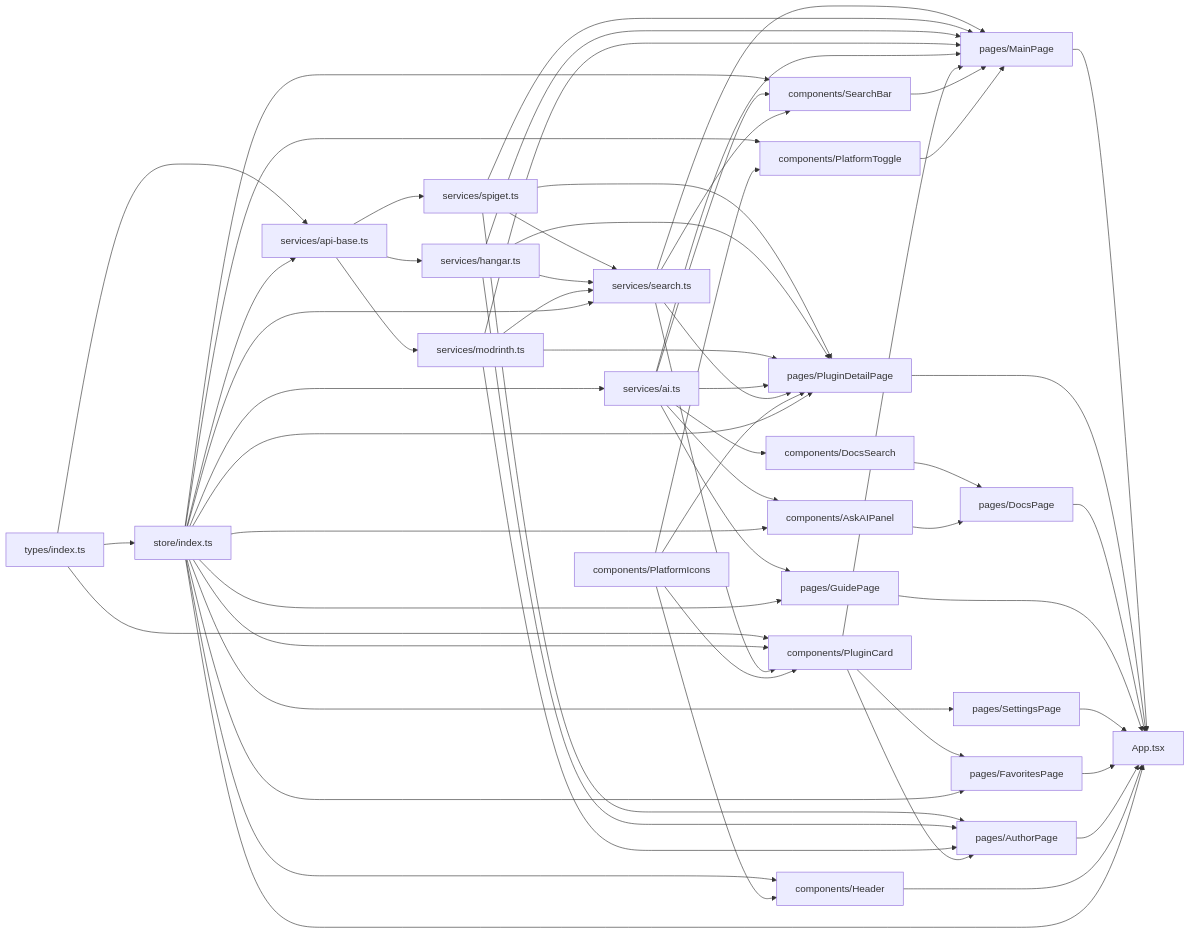
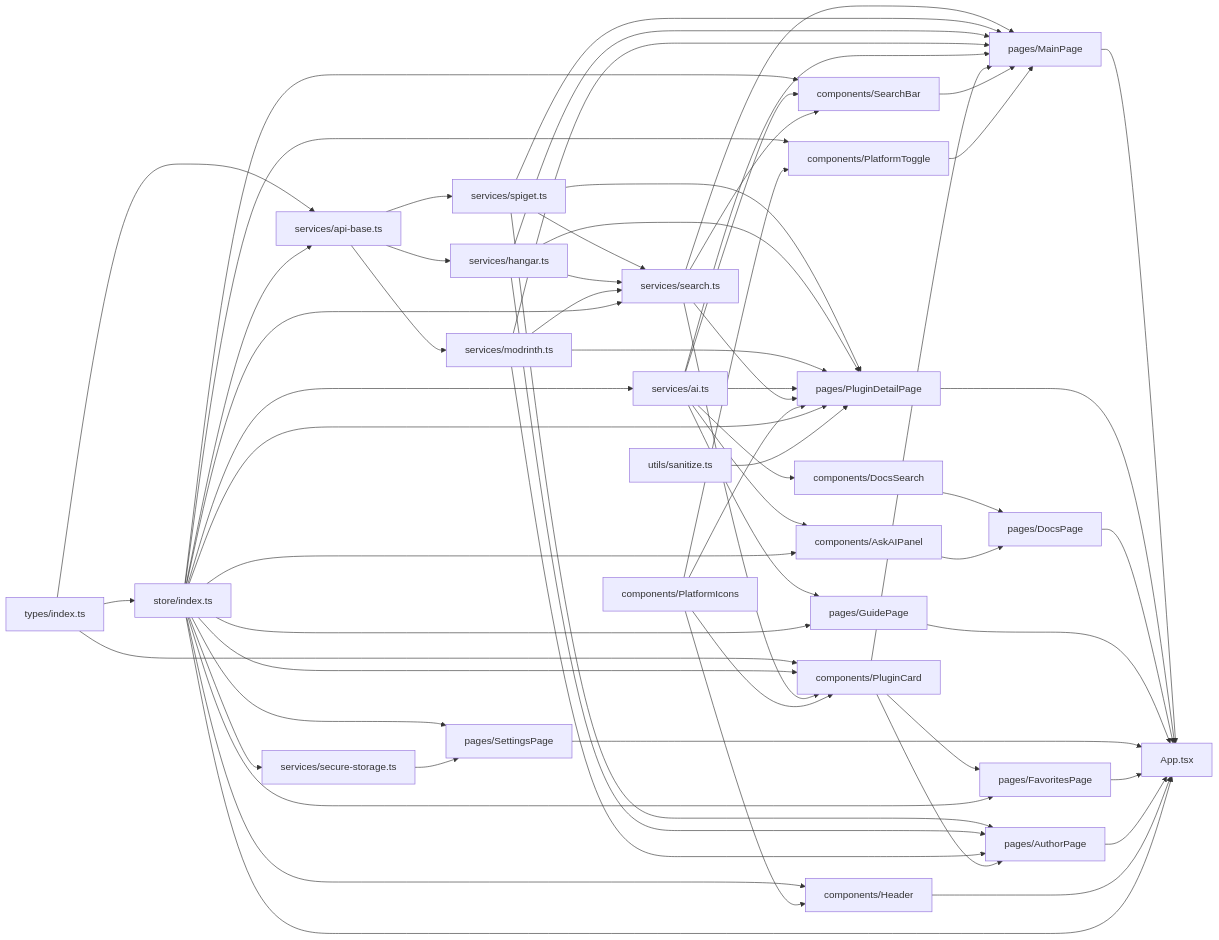
One commit to okouiko/pluginmarket changed the first of 2 diagrams in docs/code-wiki/02-modules-and-dependencies.md. Above: the diagram before and after it, drawn with Mermaid. The commit also changed other lines of this file and 39 other files, not shown here.

```diff
--- a/docs/code-wiki/02-modules-and-dependencies.md
+++ b/docs/code-wiki/02-modules-and-dependencies.md
@@ -35,6 +37,8 @@
     Modrinth["services/modrinth.ts"]
     Search["services/search.ts"]
     AI["services/ai.ts"]
+    Secure["services/secure-storage.ts"]
+    Sanitize["utils/sanitize.ts"]
 
     Icons["components/PlatformIcons"]
     Card["components/PluginCard"]
@@ -65,6 +69,7 @@
     Modrinth --> Search
     Store --> Search
     Store --> AI
+    Store --> Secure
 
     Types --> Card
     Store --> Card
@@ -96,11 +101,13 @@
     Search --> Detail
     Icons --> Detail
     Store --> Detail
+    Sanitize --> Detail
     DocsSearch --> Docs
     AskAI --> Docs
     AI --> Guide
     Store --> Guide
     Store --> Settings
+    Secure --> Settings
     Card --> Fav
     Store --> Fav
     Spiget --> Author
```
